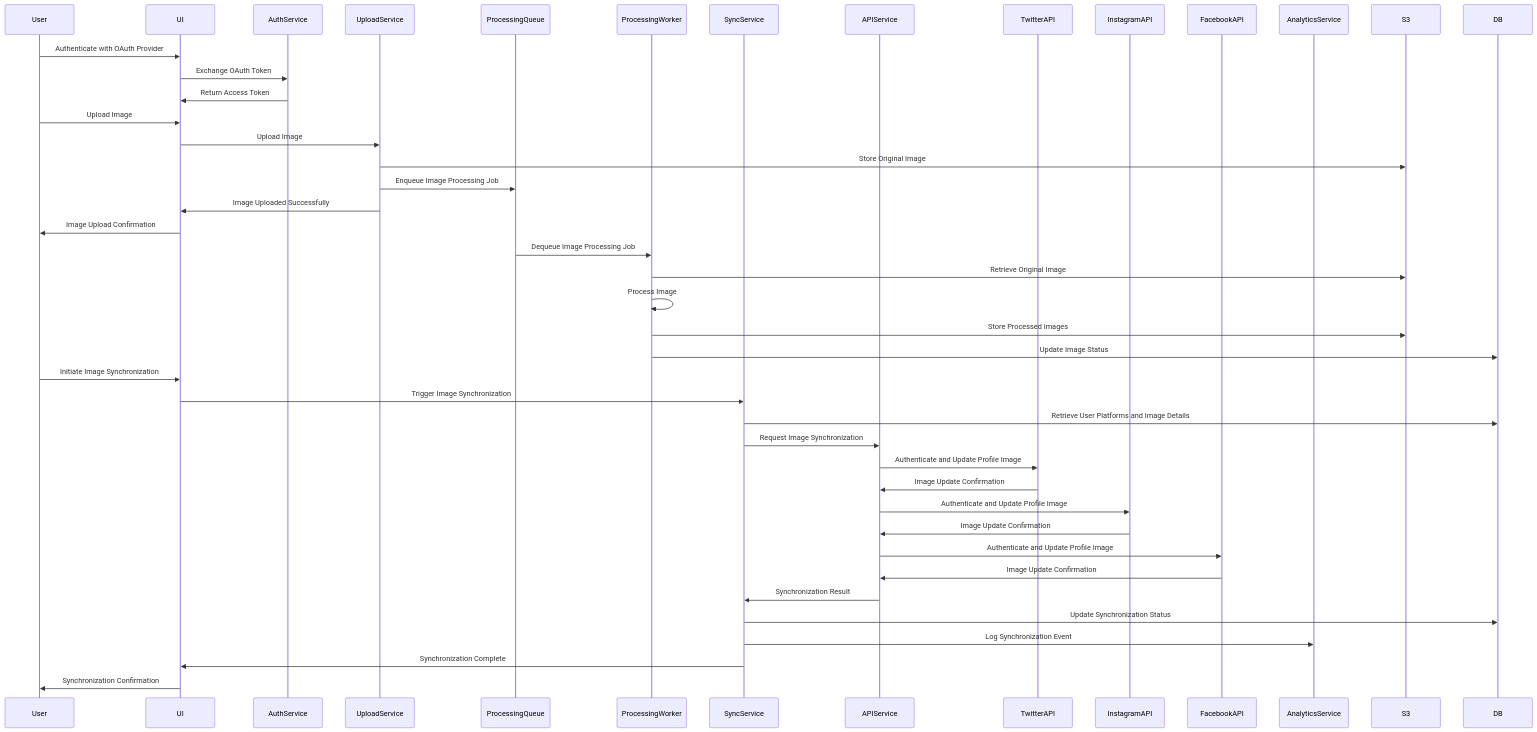
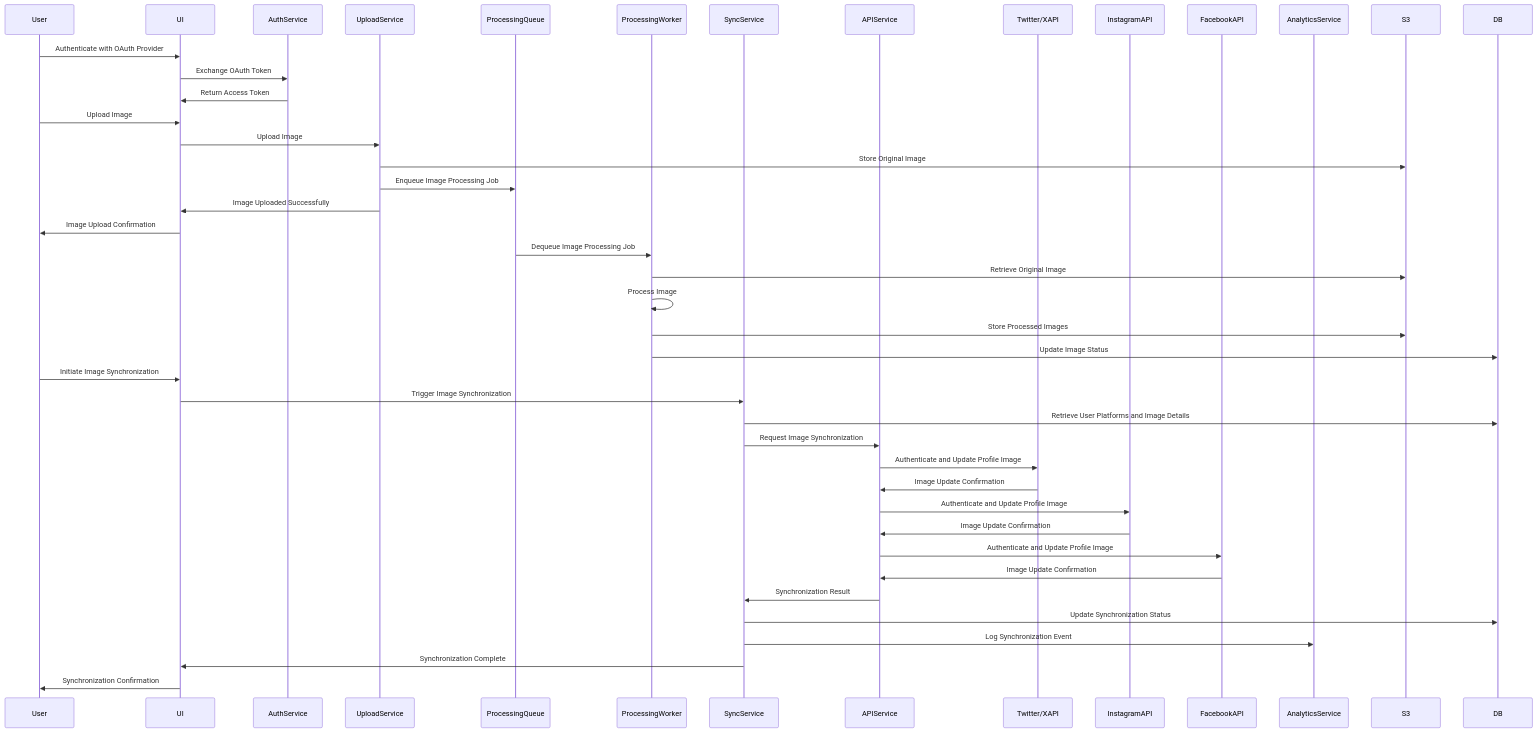
One commit to loftwah/brandsync changed the third of 3 diagrams in design.md. Above: the diagram before and after it, drawn with Mermaid. The commit also changed other lines of this file, not shown here.

````diff
--- a/design.md
+++ b/design.md
@@ -283,49 +283,49 @@
 ```mermaid
 sequenceDiagram
     participant User
     participant UI
     participant AuthService
     participant UploadService
     participant ProcessingQueue
     participant ProcessingWorker
     participant SyncService
     participant APIService
-    participant TwitterAPI
+    participant Twitter/XAPI
     participant InstagramAPI
     participant FacebookAPI
     participant AnalyticsService
 
     User->>UI: Authenticate with OAuth Provider
     UI->>AuthService: Exchange OAuth Token
     AuthService->>UI: Return Access Token
     User->>UI: Upload Image
     UI->>UploadService: Upload Image
     UploadService->>S3: Store Original Image
     UploadService->>ProcessingQueue: Enqueue Image Processing Job
     UploadService->>UI: Image Uploaded Successfully
     UI->>User: Image Upload Confirmation
 
     ProcessingQueue->>ProcessingWorker: Dequeue Image Processing Job
     ProcessingWorker->>S3: Retrieve Original Image
     ProcessingWorker->>ProcessingWorker: Process Image
     ProcessingWorker->>S3: Store Processed Images
     ProcessingWorker->>DB: Update Image Status
 
     User->>UI: Initiate Image Synchronization
     UI->>SyncService: Trigger Image Synchronization
     SyncService->>DB: Retrieve User Platforms and Image Details
     SyncService->>APIService: Request Image Synchronization
 
-    APIService->>TwitterAPI: Authenticate and Update Profile Image
-    TwitterAPI->>APIService: Image Update Confirmation
+    APIService->>Twitter/XAPI: Authenticate and Update Profile Image
+    Twitter/XAPI->>APIService: Image Update Confirmation
     APIService->>InstagramAPI: Authenticate and Update Profile Image
     InstagramAPI->>APIService: Image Update Confirmation
     APIService->>FacebookAPI: Authenticate and Update Profile Image
     FacebookAPI->>APIService: Image Update Confirmation
 
     APIService->>SyncService: Synchronization Result
     SyncService->>DB: Update Synchronization Status
     SyncService->>AnalyticsService: Log Synchronization Event
     SyncService->>UI: Synchronization Complete
     UI->>User: Synchronization Confirmation
 ```
````
